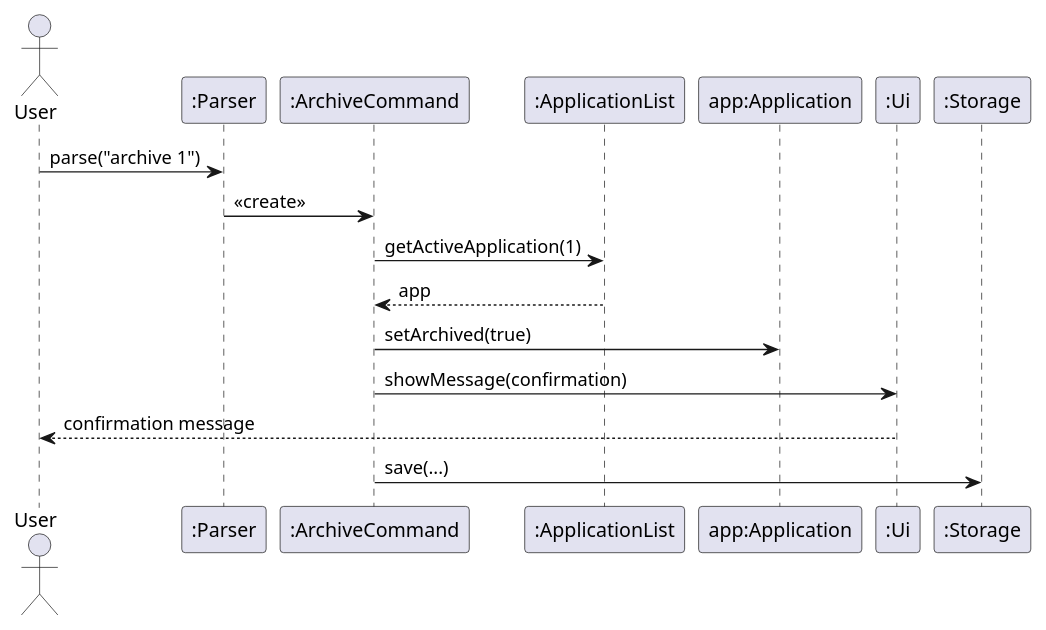
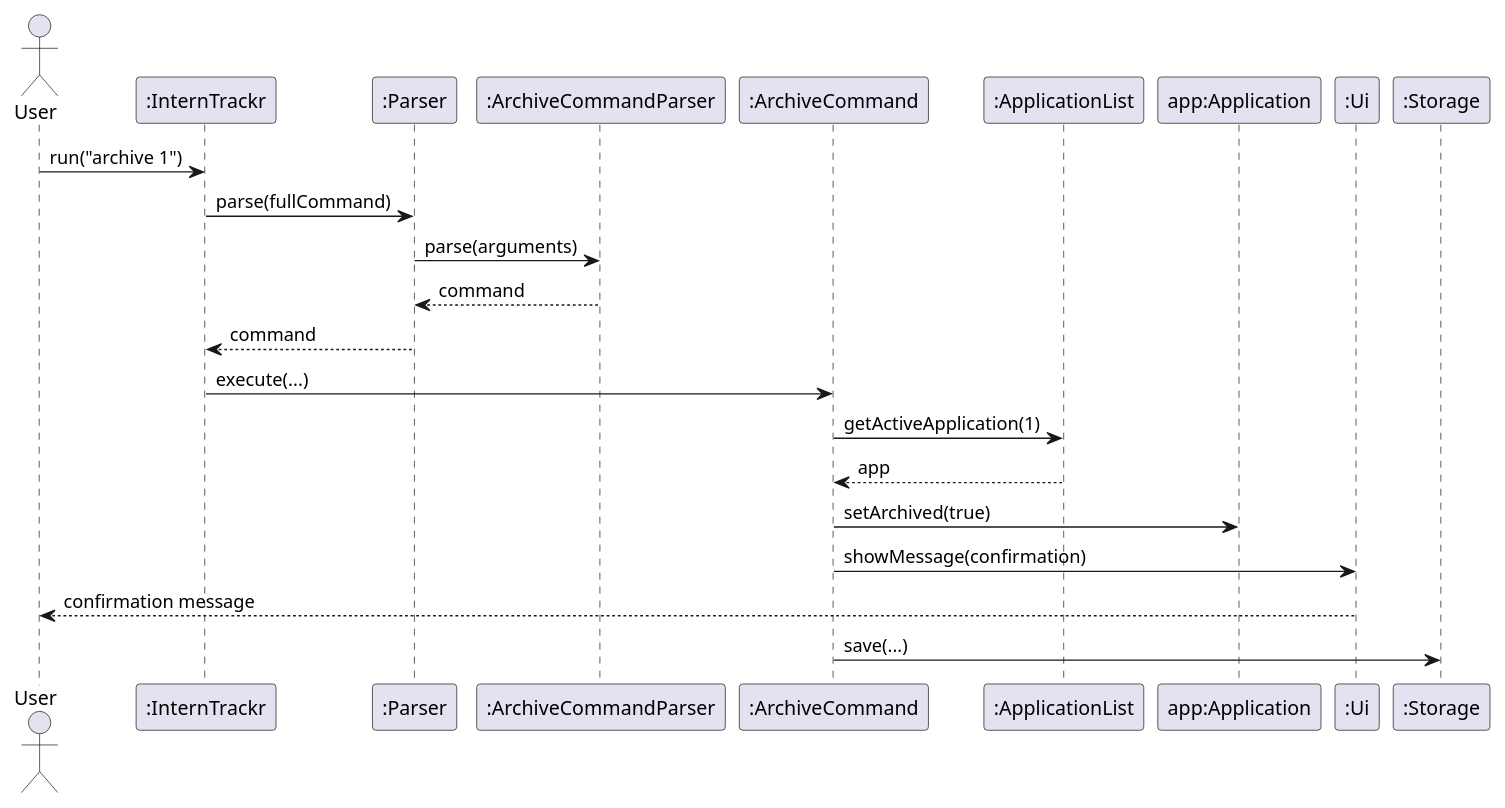
The diagram in docs/diagrams/AaravArchiveCommandSequence.puml (eugenia-cnl-lee/tp), drawn with PlantUML before and after one commit. The commit also changed 14 other files, not shown here.

Commit message:
Fix Aarav DG diagrams and align parser/delete documentation with implementation

```diff
--- a/docs/diagrams/AaravArchiveCommandSequence.puml
+++ b/docs/diagrams/AaravArchiveCommandSequence.puml
@@ -1,19 +1,25 @@
 @startuml
 actor User
+participant ":InternTrackr" as IT
 participant ":Parser" as P
+participant ":ArchiveCommandParser" as ACP
 participant ":ArchiveCommand" as AC
 participant ":ApplicationList" as AL
 participant "app:Application" as app
 participant ":Ui" as UI
 participant ":Storage" as S
 
-User -> P : parse("archive 1")
-P -> AC : <<create>>
+User -> IT : run("archive 1")
+IT -> P : parse(fullCommand)
+P -> ACP : parse(arguments)
+ACP --> P : command
+P --> IT : command
 
+IT -> AC : execute(...)
 AC -> AL : getActiveApplication(1)
 AL --> AC : app
 AC -> app : setArchived(true)
 AC -> UI : showMessage(confirmation)
 UI --> User : confirmation message
 AC -> S : save(...)
 @enduml
```
